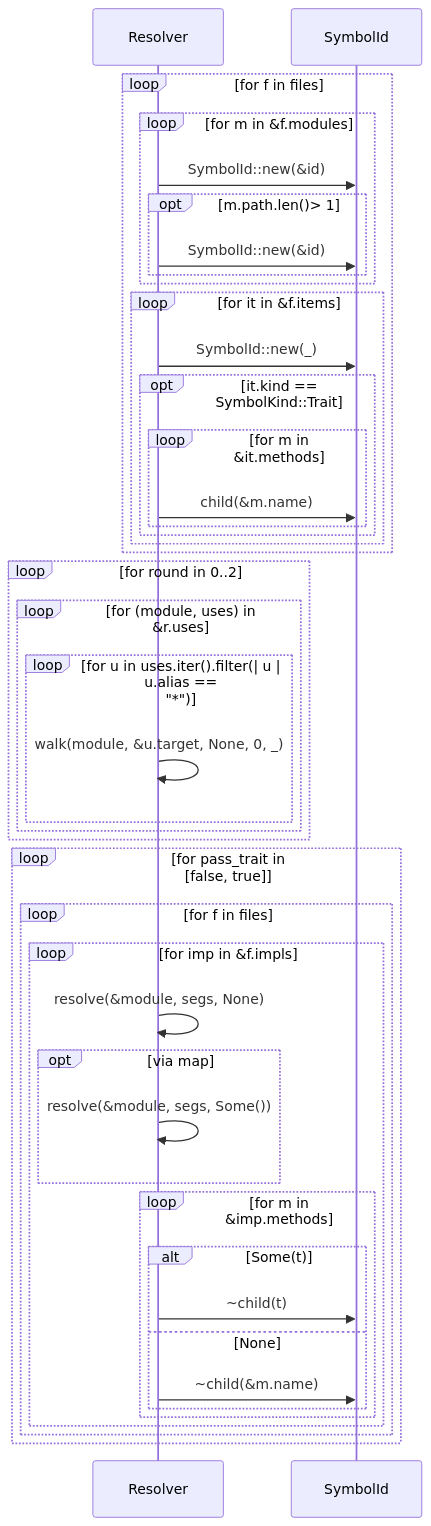
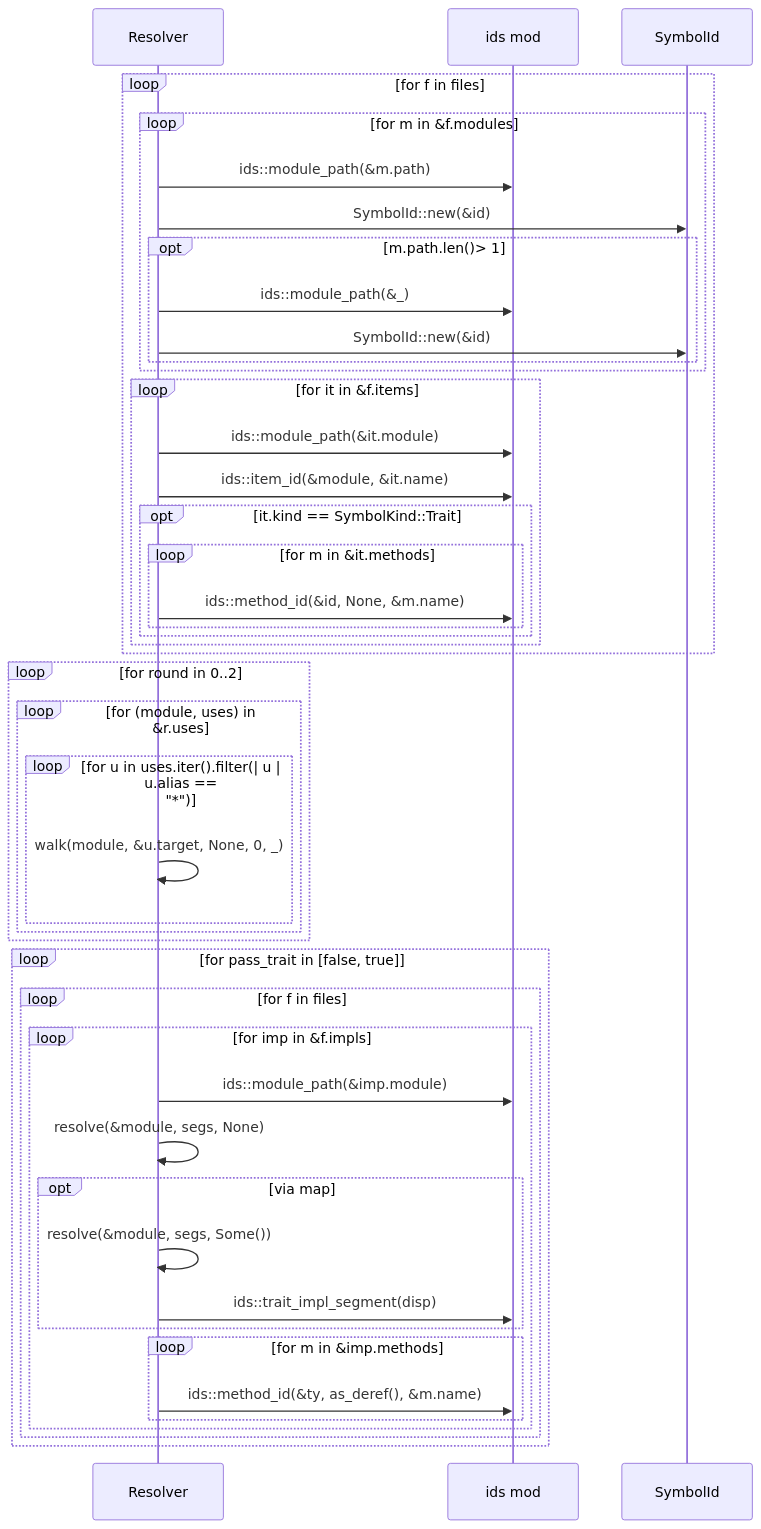
Before and after one commit to DreamLab-AI/codemaid: the fourth of 16 diagrams in docs/sealmap/crates/sealmap-rust/src/resolve.rs.md, drawn with Mermaid. The commit also changed other lines of this file and 37 other files, not shown here.

First line of the commit message:
frontend: extract sealmap-frontend from sealmap-rust

````diff
--- a/docs/sealmap/crates/sealmap-rust/src/resolve.rs.md
+++ b/docs/sealmap/crates/sealmap-rust/src/resolve.rs.md
@@ -262,45 +242,47 @@
 ```mermaid
 sequenceDiagram
   participant sealmap_rust__resolve__Resolver as Resolver
+  participant sealmap_frontend__ids as ids mod
   participant sealmap_model__symbol__SymbolId as SymbolId
   loop for f in files
     loop for m in &f.modules
+      sealmap_rust__resolve__Resolver->>sealmap_frontend__ids: ids::module_path(&m.path)
       sealmap_rust__resolve__Resolver->>sealmap_model__symbol__SymbolId: SymbolId::new(&id)
       opt m.path.len()> 1
+        sealmap_rust__resolve__Resolver->>sealmap_frontend__ids: ids::module_path(&_)
         sealmap_rust__resolve__Resolver->>sealmap_model__symbol__SymbolId: SymbolId::new(&id)
       end
     end
     loop for it in &f.items
-      sealmap_rust__resolve__Resolver->>sealmap_model__symbol__SymbolId: SymbolId::new(_)
+      sealmap_rust__resolve__Resolver->>sealmap_frontend__ids: ids::module_path(&it.module)
+      sealmap_rust__resolve__Resolver->>sealmap_frontend__ids: ids::item_id(&module, &it.name)
       opt it.kind == SymbolKind::Trait
         loop for m in &it.methods
-          sealmap_rust__resolve__Resolver->>sealmap_model__symbol__SymbolId: child(&m.name)
+          sealmap_rust__resolve__Resolver->>sealmap_frontend__ids: ids::method_id(&id, None, &m.name)
         end
       end
     end
   end
   loop for round in 0..2
     loop for (module, uses) in &r.uses
       loop for u in uses.iter().filter(| u | u.alias == #quot;*#quot;)
         sealmap_rust__resolve__Resolver->>sealmap_rust__resolve__Resolver: walk(module, &u.target, None, 0, _)
       end
     end
   end
   loop for pass_trait in [false, true]
     loop for f in files
       loop for imp in &f.impls
+        sealmap_rust__resolve__Resolver->>sealmap_frontend__ids: ids::module_path(&imp.module)
         sealmap_rust__resolve__Resolver->>sealmap_rust__resolve__Resolver: resolve(&module, segs, None)
         opt via map
           sealmap_rust__resolve__Resolver->>sealmap_rust__resolve__Resolver: resolve(&module, segs, Some())
+          sealmap_rust__resolve__Resolver->>sealmap_frontend__ids: ids::trait_impl_segment(disp)
         end
         loop for m in &imp.methods
-          alt Some(t)
-            sealmap_rust__resolve__Resolver->>sealmap_model__symbol__SymbolId: ~child(t)
-          else None
-            sealmap_rust__resolve__Resolver->>sealmap_model__symbol__SymbolId: ~child(&m.name)
-          end
+          sealmap_rust__resolve__Resolver->>sealmap_frontend__ids: ids::method_id(&ty, as_deref(), &m.name)
         end
       end
     end
   end
 ```
````
